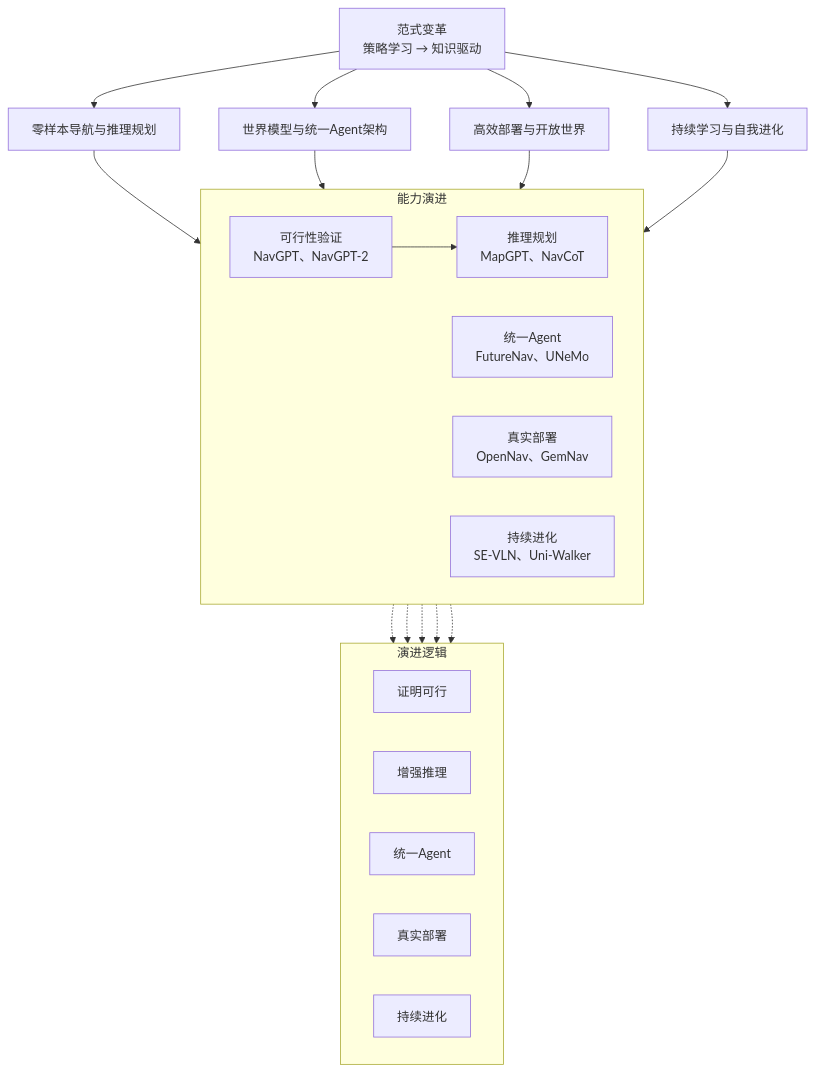
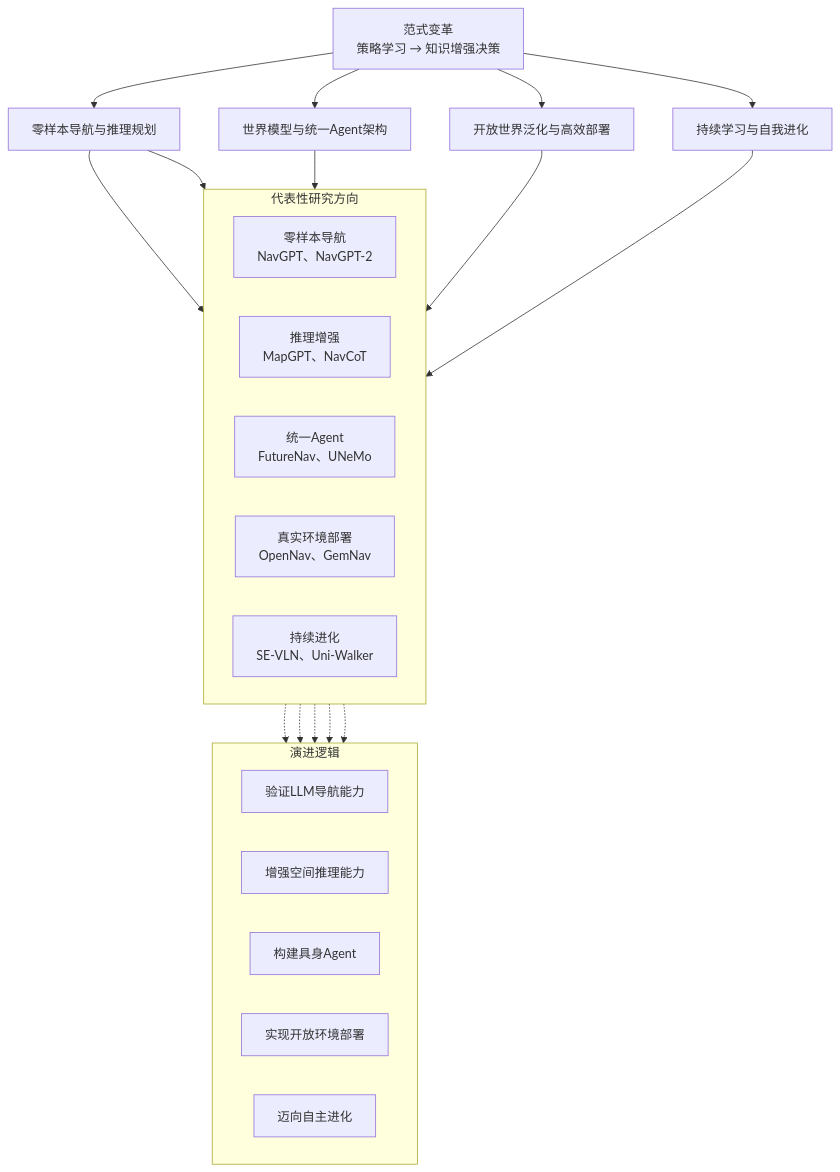
The fourth of 4 diagrams in docs/part5-vln/19-vln-practice.md (Xbotics-Embodied-AI-club/Xbotics-Embodied-AI-Handbook), drawn with Mermaid before and after one commit. The commit also changed other lines of this file and 12 other files, not shown here.

````diff
--- a/docs/part5-vln/19-vln-practice.md
+++ b/docs/part5-vln/19-vln-practice.md
@@ -869,39 +831,46 @@
 ```mermaid
 flowchart TB
 
-    A["范式变革<br/>策略学习 → 知识驱动"]
+    A["范式变革<br/>策略学习 → 知识增强决策"]
 
     A --> B1["零样本导航与推理规划"]
     A --> B2["世界模型与统一Agent架构"]
-    A --> B3["高效部署与开放世界"]
+    A --> B3["开放世界泛化与高效部署"]
     A --> B4["持续学习与自我进化"]
 
-    subgraph S1["能力演进"]
+    subgraph S1["代表性研究方向"]
         direction LR
-        C1["可行性验证<br/>NavGPT、NavGPT-2"]
-        C2["推理规划<br/>MapGPT、NavCoT"]
+
+        C1["零样本导航<br/>NavGPT、NavGPT-2"]
+        C2["推理增强<br/>MapGPT、NavCoT"]
+
         C3["统一Agent<br/>FutureNav、UNeMo"]
-        C4["真实部署<br/>OpenNav、GemNav"]
+
+        C4["真实环境部署<br/>OpenNav、GemNav"]
+
         C5["持续进化<br/>SE-VLN、Uni-Walker"]
     end
 
-    B1 --> C1 --> C2
+    B1 --> C1
+    B1 --> C2
     B2 --> C3
     B3 --> C4
     B4 --> C5
 
     subgraph E["演进逻辑"]
         direction LR
-        D1["证明可行"]
-        D2["增强推理"]
-        D3["统一Agent"]
-        D4["真实部署"]
-        D5["持续进化"]
+
+        D1["验证LLM导航能力"]
+        D2["增强空间推理能力"]
+        D3["构建具身Agent"]
+        D4["实现开放环境部署"]
+        D5["迈向自主进化"]
     end
 
     C1 -.-> D1
     C2 -.-> D2
     C3 -.-> D3
     C4 -.-> D4
     C5 -.-> D5
+
 ```
````
